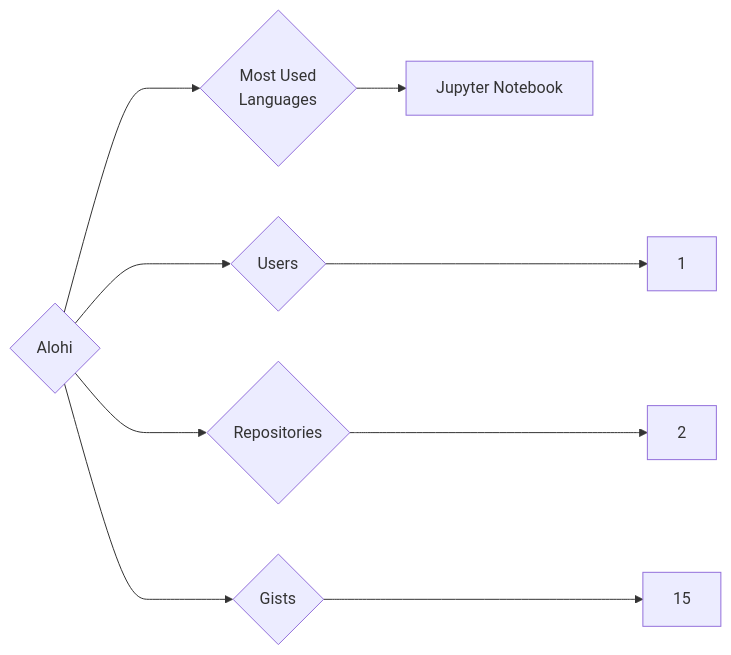
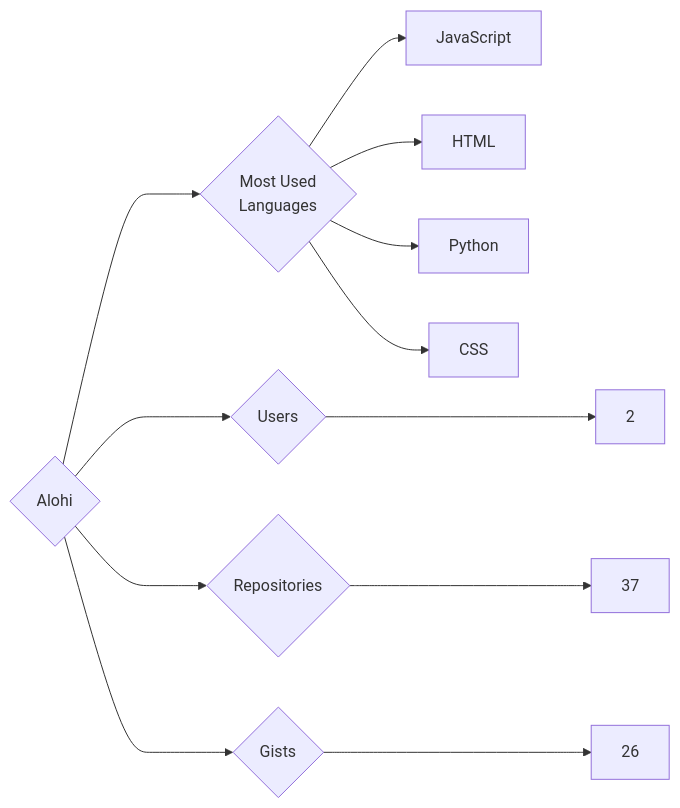
The diagram in targets/Alohi/README.md (trickest/insiders), drawn with Mermaid before and after one commit. The commit also changed 916 other files, not shown here.

````diff
--- a/targets/Alohi/README.md
+++ b/targets/Alohi/README.md
@@ -3,9 +3,12 @@
 ```mermaid
 graph LR
 COMPANY_NAME{Alohi}
-COMPANY_NAME ---> U{Users} ---> UN[1]
-COMPANY_NAME ---> R{Repositories} ---> RN[2]
-COMPANY_NAME ---> G{Gists} ---> GN[15]
+COMPANY_NAME ---> U{Users} ---> UN[2]
+COMPANY_NAME ---> R{Repositories} ---> RN[37]
+COMPANY_NAME ---> G{Gists} ---> GN[26]
 COMPANY_NAME ---> ML{Most Used<br>Languages}
-ML --> Jupyter_Notebook[Jupyter Notebook]
+ML --> JavaScript[JavaScript]
+ML --> HTML[HTML]
+ML --> Python[Python]
+ML --> CSS[CSS]
 ```
````
